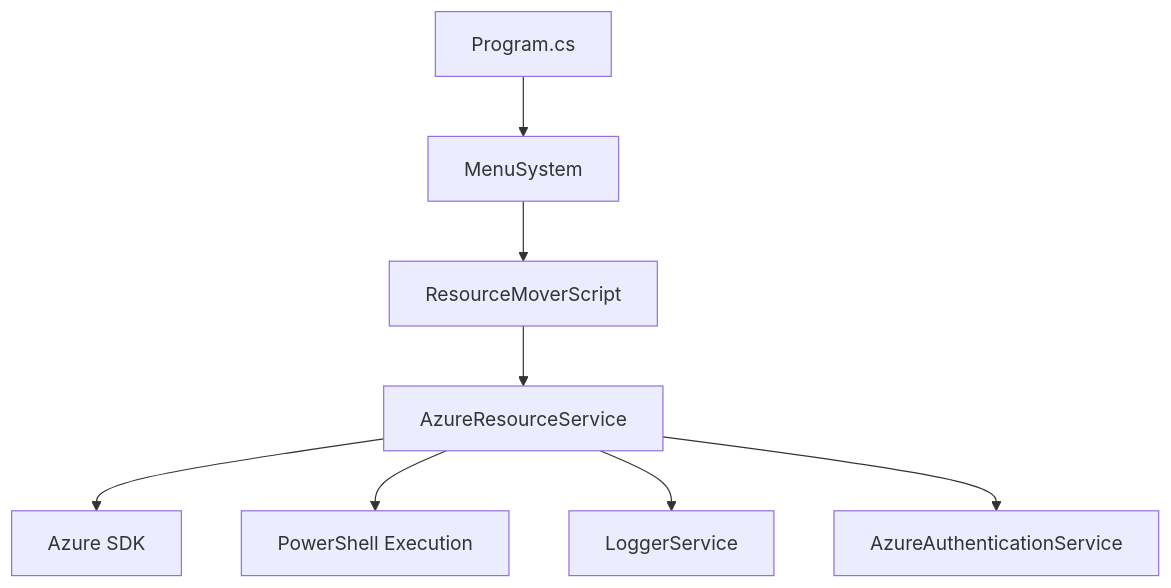
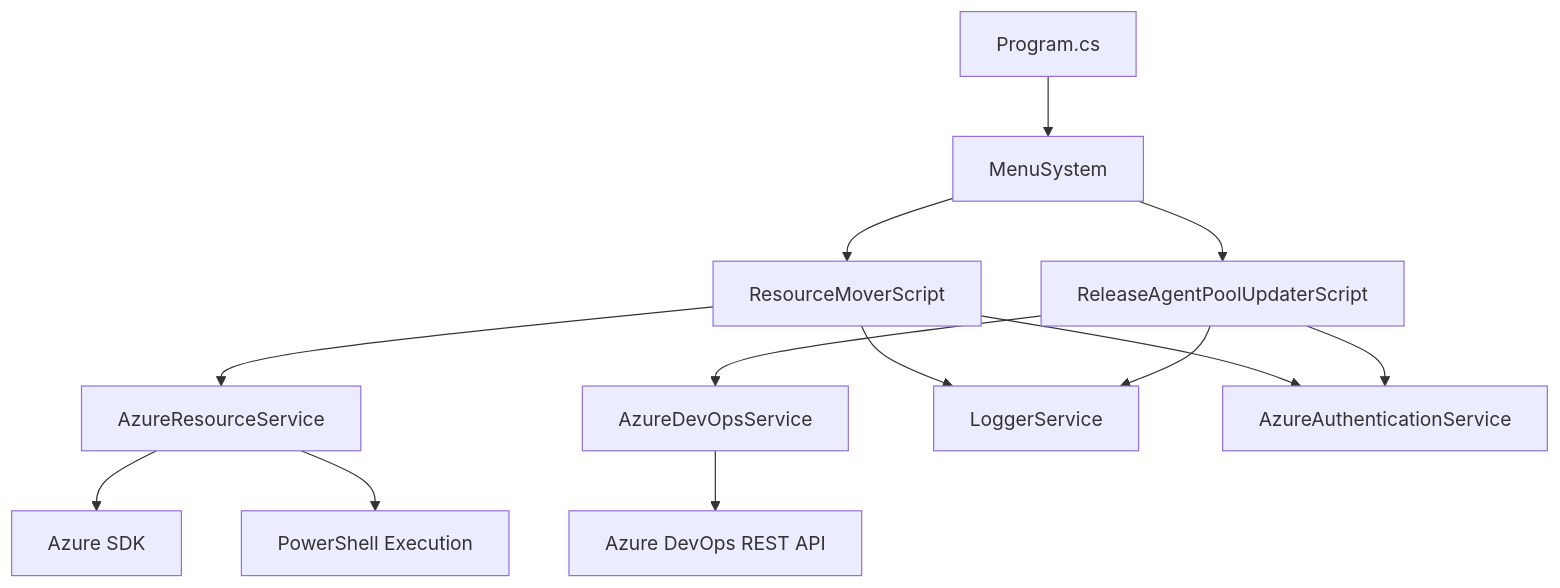
The diagram in memory-bank/systemPatterns.md (IQON-global/iqon-scripts), drawn with Mermaid before and after one commit. The commit also changed other lines of this file and 9 other files, not shown here.

First line of the commit message:
Add Azure DevOps integration and new command functionality

````diff
--- a/memory-bank/systemPatterns.md
+++ b/memory-bank/systemPatterns.md
@@ -7,10 +7,19 @@
 ```mermaid
 flowchart TD
     Program[Program.cs] --> MenuSystem[MenuSystem]
-    MenuSystem --> Scripts[ResourceMoverScript]
-    Scripts --> Services[AzureResourceService]
-    Services --> AzureSDK[Azure SDK]
-    Services --> PowerShell[PowerShell Execution]
-    Services --> Logger[LoggerService]
-    Services --> Auth[AzureAuthenticationService]
+    MenuSystem --> ResourceMoverScript[ResourceMoverScript]
+    MenuSystem --> ReleaseAgentPoolUpdater[ReleaseAgentPoolUpdaterScript]
+    
+    ResourceMoverScript --> AzureResourceService[AzureResourceService]
+    AzureResourceService --> AzureSDK[Azure SDK]
+    AzureResourceService --> PowerShell[PowerShell Execution]
+    
+    ReleaseAgentPoolUpdater --> AzureDevOpsService[AzureDevOpsService]
+    AzureDevOpsService --> RestAPI[Azure DevOps REST API]
+    
+    ResourceMoverScript --> Logger[LoggerService]
+    ReleaseAgentPoolUpdater --> Logger
+    
+    ResourceMoverScript --> Auth[AzureAuthenticationService]
+    ReleaseAgentPoolUpdater --> Auth
 ```
````
